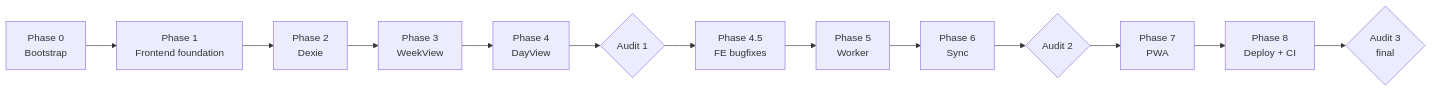
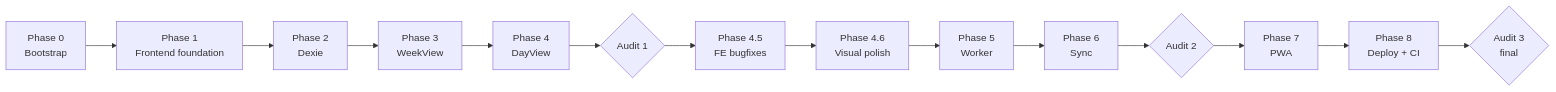
One commit to Lumineks/pwa-calendar changed the third of 3 diagrams in PLAN.md. Above: the diagram before and after it, drawn with Mermaid. The commit also changed other lines of this file and 3 other files, not shown here.

````diff
--- a/PLAN.md
+++ b/PLAN.md
@@ -178,15 +182,16 @@
 ```mermaid
 flowchart LR
   P0[Phase 0<br/>Bootstrap] --> P1[Phase 1<br/>Frontend foundation]
   P1 --> P2[Phase 2<br/>Dexie]
   P2 --> P3[Phase 3<br/>WeekView]
   P3 --> P4[Phase 4<br/>DayView]
   P4 --> A1{Audit 1}
   A1 --> P45[Phase 4.5<br/>FE bugfixes]
-  P45 --> P5[Phase 5<br/>Worker]
+  P45 --> P46[Phase 4.6<br/>Visual polish]
+  P46 --> P5[Phase 5<br/>Worker]
   P5 --> P6[Phase 6<br/>Sync]
   P6 --> A2{Audit 2}
   A2 --> P7[Phase 7<br/>PWA]
   P7 --> P8[Phase 8<br/>Deploy + CI]
   P8 --> A3{Audit 3<br/>final}
 ```
````
